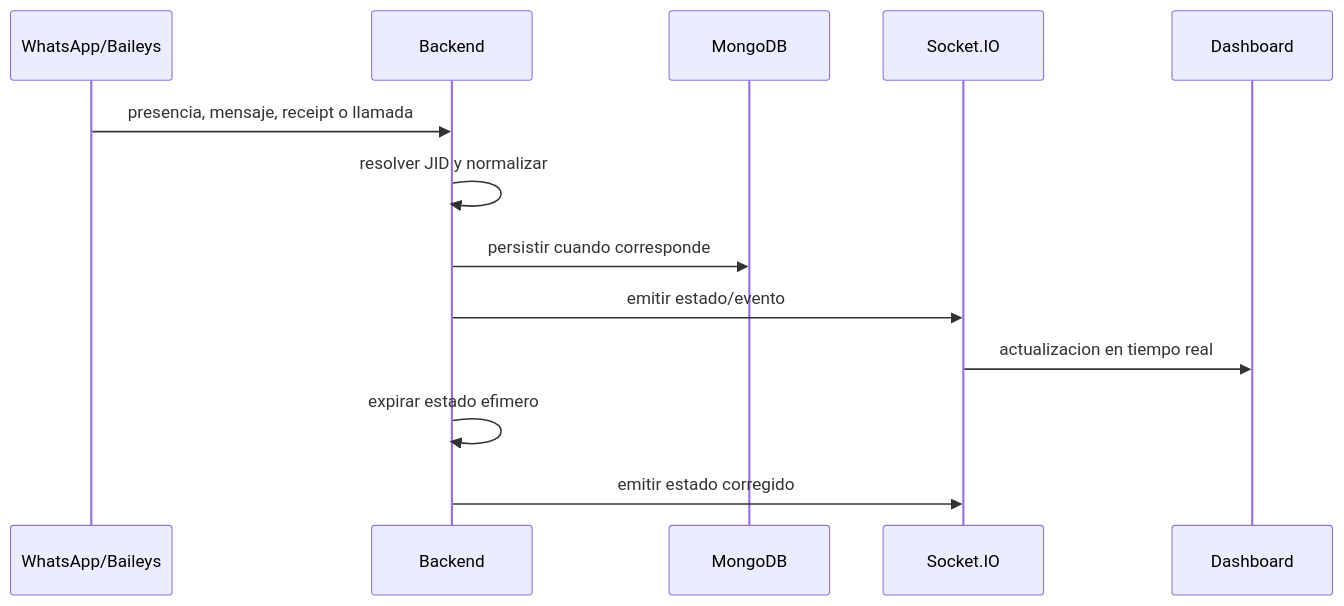
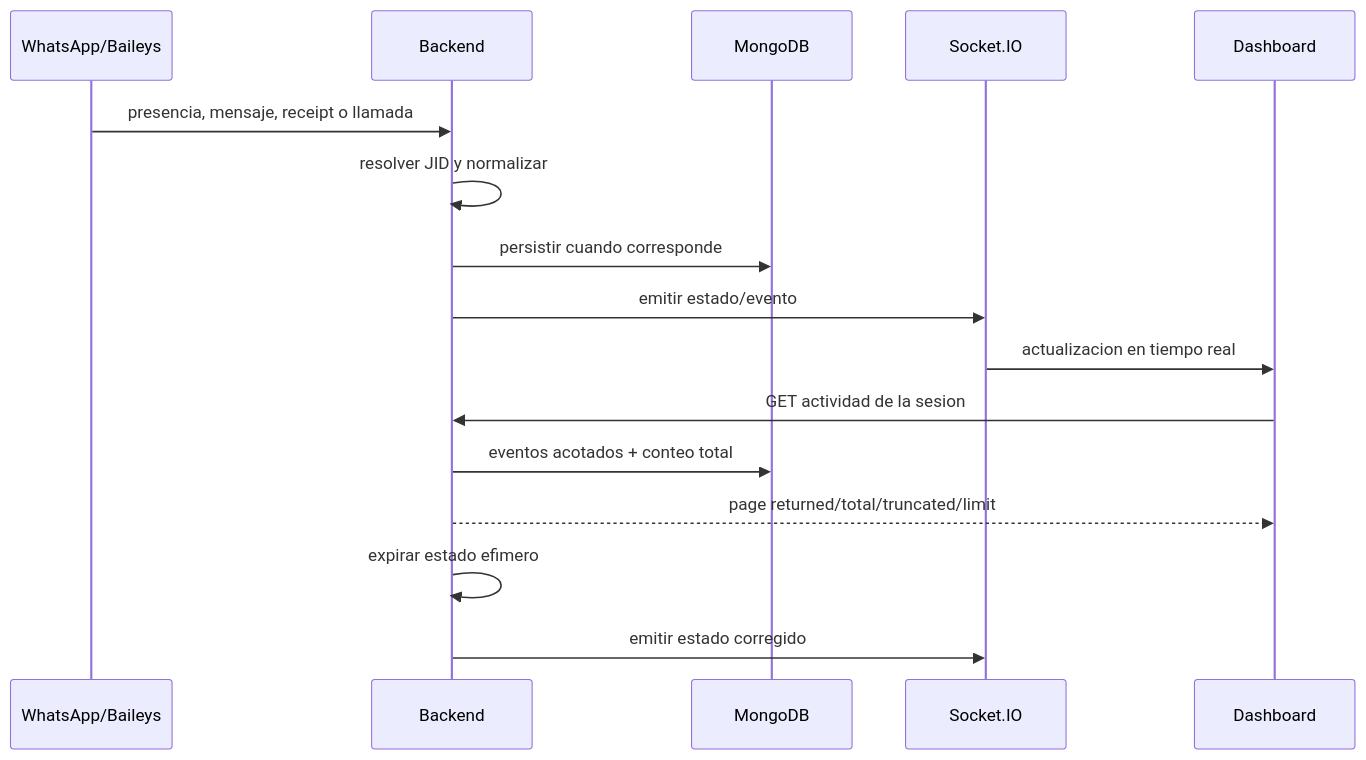
One commit to deco31416/wp-monitor changed the third of 4 diagrams in docs/architecture/data-and-events.md. Above: the diagram before and after it, drawn with Mermaid. The commit also changed other lines of this file and 34 other files, not shown here.

````diff
--- a/docs/architecture/data-and-events.md
+++ b/docs/architecture/data-and-events.md
@@ -75,16 +75,19 @@
 ```mermaid
 sequenceDiagram
     participant WA as WhatsApp/Baileys
     participant API as Backend
     participant DB as MongoDB
     participant IO as Socket.IO
     participant UI as Dashboard
 
     WA->>API: presencia, mensaje, receipt o llamada
     API->>API: resolver JID y normalizar
     API->>DB: persistir cuando corresponde
     API->>IO: emitir estado/evento
     IO->>UI: actualizacion en tiempo real
+    UI->>API: GET actividad de la sesion
+    API->>DB: eventos acotados + conteo total
+    API-->>UI: page returned/total/truncated/limit
     API->>API: expirar estado efimero
     API->>IO: emitir estado corregido
 ```
````
